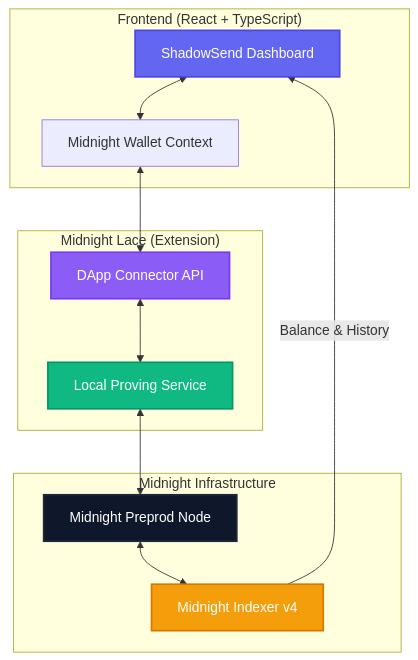
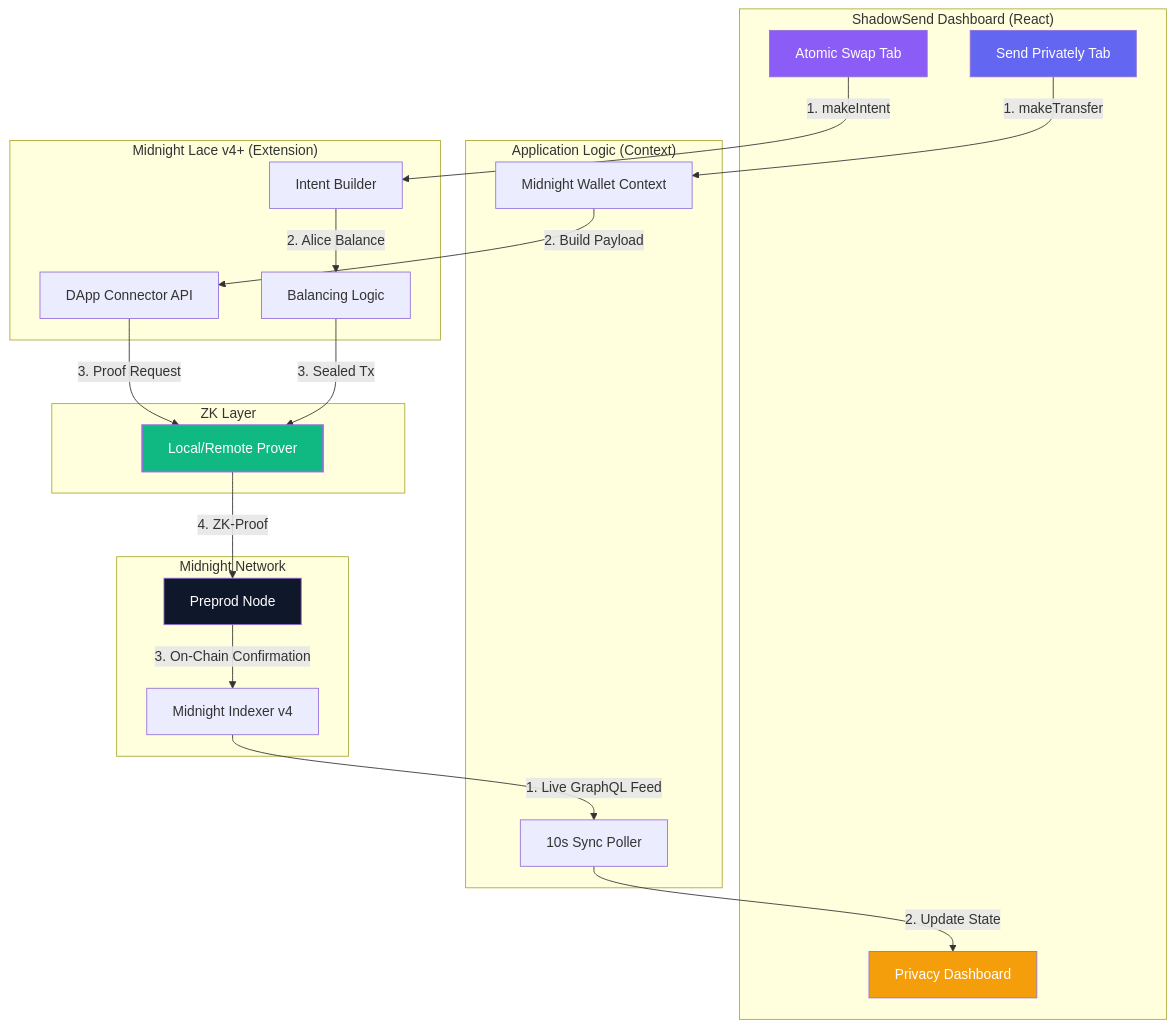
Before and after one commit to NikhilRaikwar/ShadowSend: the diagram in README.md, drawn with Mermaid. The commit also changed other lines of this file, not shown here.

Commit message:
docs: upgrade to detailed functional architecture flowchart

````diff
--- a/README.md
+++ b/README.md
@@ -63,31 +63,51 @@
 ```mermaid
 flowchart TD
-    subgraph Client ["Frontend (React + TypeScript)"]
-        UI[ShadowSend Dashboard]
-        API[Midnight Wallet Context]
+    subgraph UI ["ShadowSend Dashboard (React)"]
+        DASH[Privacy Dashboard]
+        SEND[Send Privately Tab]
+        SWAP[Atomic Swap Tab]
     end
 
-    subgraph Wallet ["Midnight Lace (Extension)"]
-        LWC[DApp Connector API]
-        PRV[Local Proving Service]
+    subgraph Logic ["Application Logic (Context)"]
+        MWC[Midnight Wallet Context]
+        POLL[10s Sync Poller]
     end
 
-    subgraph Infrastructure ["Midnight Infrastructure"]
-        NODE[Midnight Preprod Node]
+    subgraph Wallet ["Midnight Lace v4+ (Extension)"]
+        DAPP[DApp Connector API]
+        INTENT[Intent Builder]
+        BAL[Balancing Logic]
+    end
+
+    subgraph Proving ["ZK Layer"]
+        PRV[Local/Remote Prover]
+    end
+
+    subgraph Network ["Midnight Network"]
+        NODE[Preprod Node]
         INDX[Midnight Indexer v4]
     end
 
-    UI <--> API
-    API <--> LWC
-    LWC <--> PRV
-    PRV <--> NODE
-    NODE <--> INDX
-    INDX -- Balance & History --> UI
+    %% Shielded Transfer Flow
+    SEND -- 1. makeTransfer --> MWC
+    MWC -- 2. Build Payload --> DAPP
+    DAPP -- 3. Proof Request --> PRV
+    PRV -- 4. ZK-Proof --> NODE
+
+    %% Atomic Swap Flow
+    SWAP -- 1. makeIntent --> INTENT
+    INTENT -- 2. Alice Balance --> BAL
+    BAL -- 3. Sealed Tx --> PRV
+
+    %% Dashboard Sync Flow
+    INDX -- 1. Live GraphQL Feed --> POLL
+    POLL -- 2. Update State --> DASH
+    NODE -- 3. On-Chain Confirmation --> INDX
 
     %% Styling
-    style UI fill:#6366f1,color:#fff,stroke:#4f46e5,stroke-width:2px
-    style PRV fill:#10b981,color:#fff,stroke:#059669,stroke-width:2px
-    style NODE fill:#0f172a,color:#fff,stroke:#1e293b,stroke-width:2px
-    style LWC fill:#8b5cf6,color:#fff,stroke:#7c3aed,stroke-width:2px
-    style INDX fill:#f59e0b,color:#fff,stroke:#d97706,stroke-width:2px
+    style SEND fill:#6366f1,color:#fff
+    style SWAP fill:#8b5cf6,color:#fff
+    style PRV fill:#10b981,color:#fff,stroke-width:2px
+    style DASH fill:#f59e0b,color:#fff
+    style NODE fill:#0f172a,color:#fff
 ```
````
